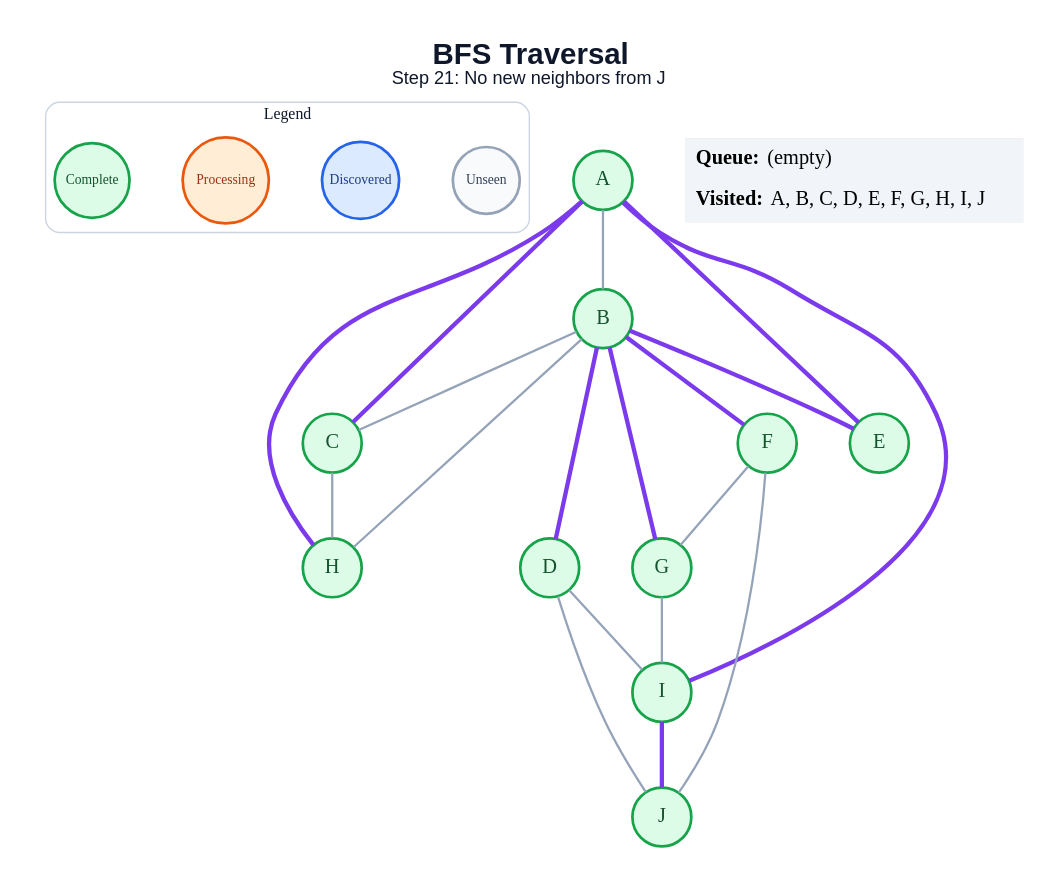
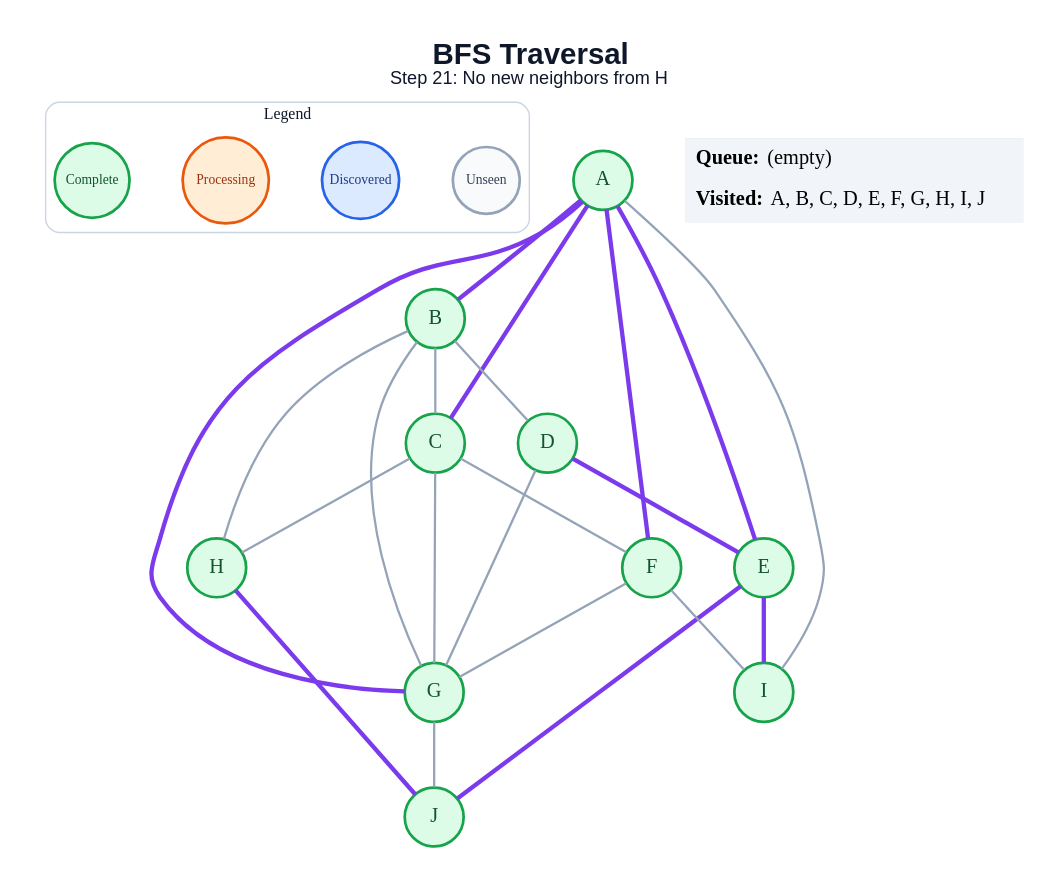
Before and after one commit to amanghodawala9/ai-slop: the diagram in generated/specific-node/bfs/step_21.dot, drawn with Graphviz. The commit also changed 178 other files, not shown here.

```diff
--- a/generated/specific-node/bfs/step_21.dot
+++ b/generated/specific-node/bfs/step_21.dot
@@ -1,47 +1,50 @@
 graph traversal {
   graph [layout=dot, rankdir=TB, bgcolor="#FFFFFF", pad="0.35", nodesep="0.65", ranksep="0.8", fontname="Arial"];
   node [shape=circle, style="filled", fontname="Arial Bold", fontsize=18, width=0.72, fixedsize=true, penwidth=2.4];
   edge [color="#94A3B8", penwidth=2.0];
-  label=<<B>BFS Traversal</B><BR/><FONT POINT-SIZE="16">Step 21: No new neighbors from J</FONT>>; labelloc="t"; fontsize=26; fontname="Arial"; fontcolor="#0F172A";
+  label=<<B>BFS Traversal</B><BR/><FONT POINT-SIZE="16">Step 21: No new neighbors from H</FONT>>; labelloc="t"; fontsize=26; fontname="Arial"; fontcolor="#0F172A";
   subgraph cluster_legend { label="Legend"; color="#CBD5E1"; penwidth=1.2; style="rounded"; fontsize=14; fontname="Arial Bold";
     key_unseen [label="Unseen", fillcolor="#F8FAFC", color="#94A3B8", fontcolor="#334155", fontsize=12, width=0.82];
     key_frontier [label="Discovered", fillcolor="#DBEAFE", color="#2563EB", fontcolor="#1E3A8A", fontsize=12, width=0.95];
     key_current [label="Processing", fillcolor="#FFEDD5", color="#EA580C", fontcolor="#9A3412", fontsize=12, width=1.05];
     key_done [label="Complete", fillcolor="#DCFCE7", color="#16A34A", fontcolor="#14532D", fontsize=12, width=0.92];
     { rank=same; key_unseen; key_frontier; key_current; key_done; }
   }
   A [fillcolor="#DCFCE7", color="#16A34A", fontcolor="#14532D"];
   B [fillcolor="#DCFCE7", color="#16A34A", fontcolor="#14532D"];
   C [fillcolor="#DCFCE7", color="#16A34A", fontcolor="#14532D"];
   D [fillcolor="#DCFCE7", color="#16A34A", fontcolor="#14532D"];
   E [fillcolor="#DCFCE7", color="#16A34A", fontcolor="#14532D"];
   F [fillcolor="#DCFCE7", color="#16A34A", fontcolor="#14532D"];
   G [fillcolor="#DCFCE7", color="#16A34A", fontcolor="#14532D"];
   H [fillcolor="#DCFCE7", color="#16A34A", fontcolor="#14532D"];
   I [fillcolor="#DCFCE7", color="#16A34A", fontcolor="#14532D"];
   J [fillcolor="#DCFCE7", color="#16A34A", fontcolor="#14532D"];
-  A -- B;
+  A -- B [color="#7C3AED", penwidth=3.8];
   A -- C [color="#7C3AED", penwidth=3.8];
   A -- E [color="#7C3AED", penwidth=3.8];
-  A -- H [color="#7C3AED", penwidth=3.8];
-  A -- I [color="#7C3AED", penwidth=3.8];
+  A -- F [color="#7C3AED", penwidth=3.8];
+  A -- G [color="#7C3AED", penwidth=3.8];
+  A -- I;
   B -- C;
-  B -- D [color="#7C3AED", penwidth=3.8];
-  B -- E [color="#7C3AED", penwidth=3.8];
-  B -- F [color="#7C3AED", penwidth=3.8];
-  B -- G [color="#7C3AED", penwidth=3.8];
+  B -- D;
+  B -- G;
   B -- H;
+  C -- F;
+  C -- G;
   C -- H;
-  D -- I;
-  D -- J;
+  D -- E [color="#7C3AED", penwidth=3.8];
+  D -- G;
+  E -- I [color="#7C3AED", penwidth=3.8];
+  E -- J [color="#7C3AED", penwidth=3.8];
   F -- G;
-  F -- J;
-  G -- I;
-  I -- J [color="#7C3AED", penwidth=3.8];
+  F -- I;
+  G -- J;
+  H -- J [color="#7C3AED", penwidth=3.8];
   status [shape=plain, fixedsize=false, width=0, height=0, margin=0, label=<
     <TABLE BORDER="0" CELLBORDER="0" CELLPADDING="7" BGCOLOR="#F1F5F9">
       <TR><TD ALIGN="LEFT"><B>Queue:</B> (empty)</TD></TR>
       <TR><TD ALIGN="LEFT"><B>Visited:</B> A, B, C, D, E, F, G, H, I, J</TD></TR>
     </TABLE>
   >];
 }
```
